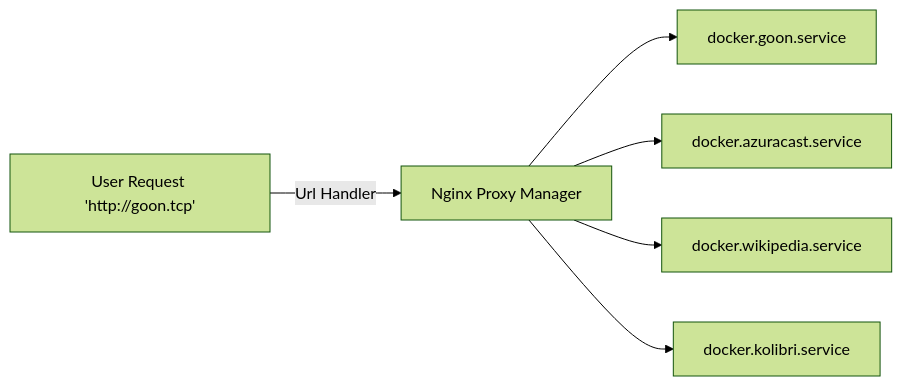
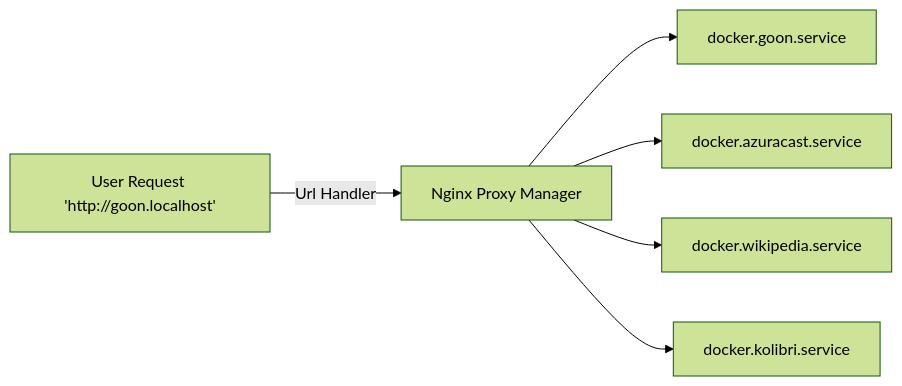
One commit to SepCy/GOON-V2 changed the diagram in README.md. Above: the diagram before and after it, drawn with Mermaid (forest theme). The commit also changed 1 other file, not shown here.

````diff
--- a/README.md
+++ b/README.md
@@ -68,8 +68,8 @@
 ```mermaid
 graph LR
-A[User Request 'http://goon.tcp'] -- Url Handler --> B[Nginx Proxy Manager]
+A[User Request 'http://goon.localhost'] -- Url Handler --> B[Nginx Proxy Manager]
 B --> D[docker.goon.service]
 B --> F[docker.azuracast.service]
 B --> C[docker.wikipedia.service]
 B --> E[docker.kolibri.service]
 ```
````
